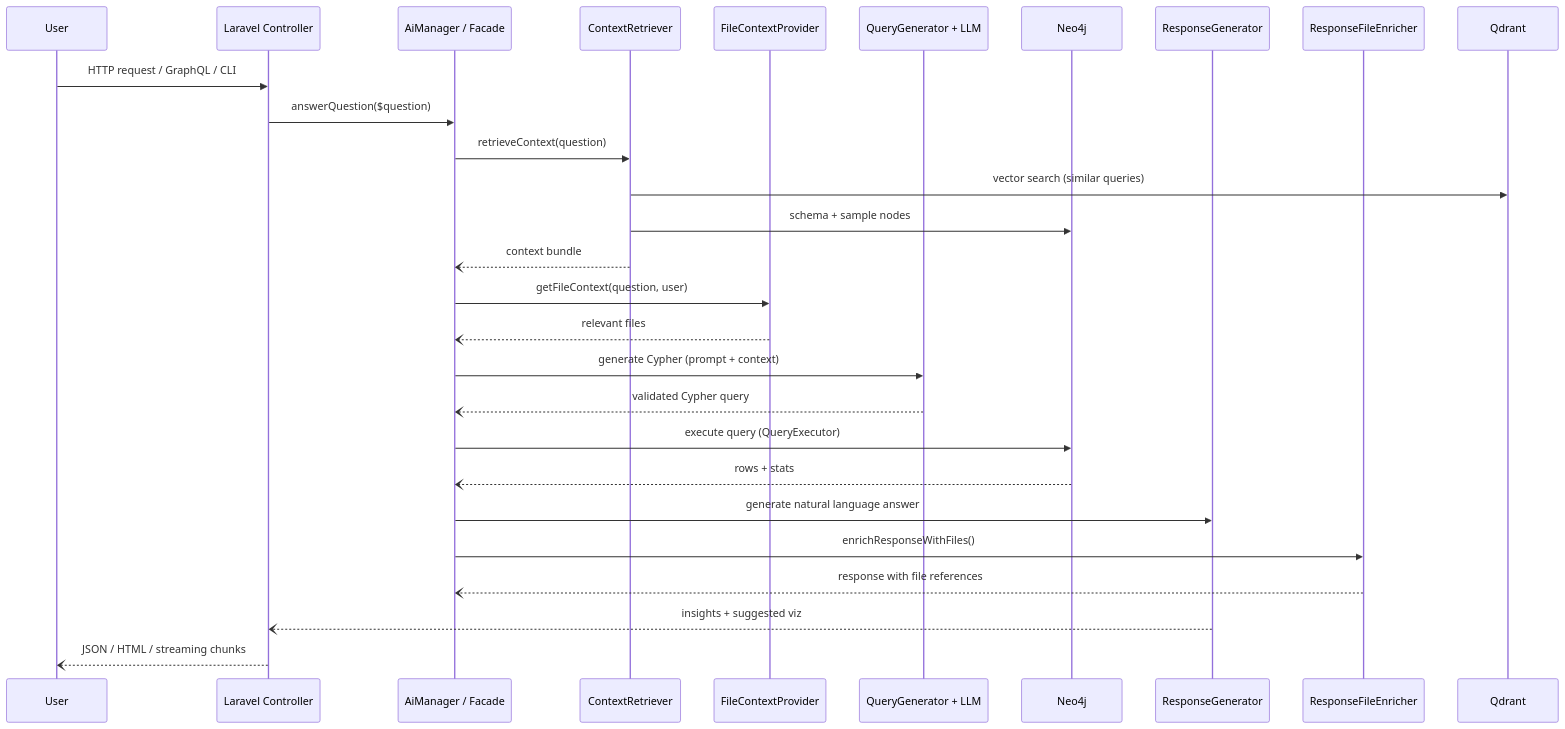
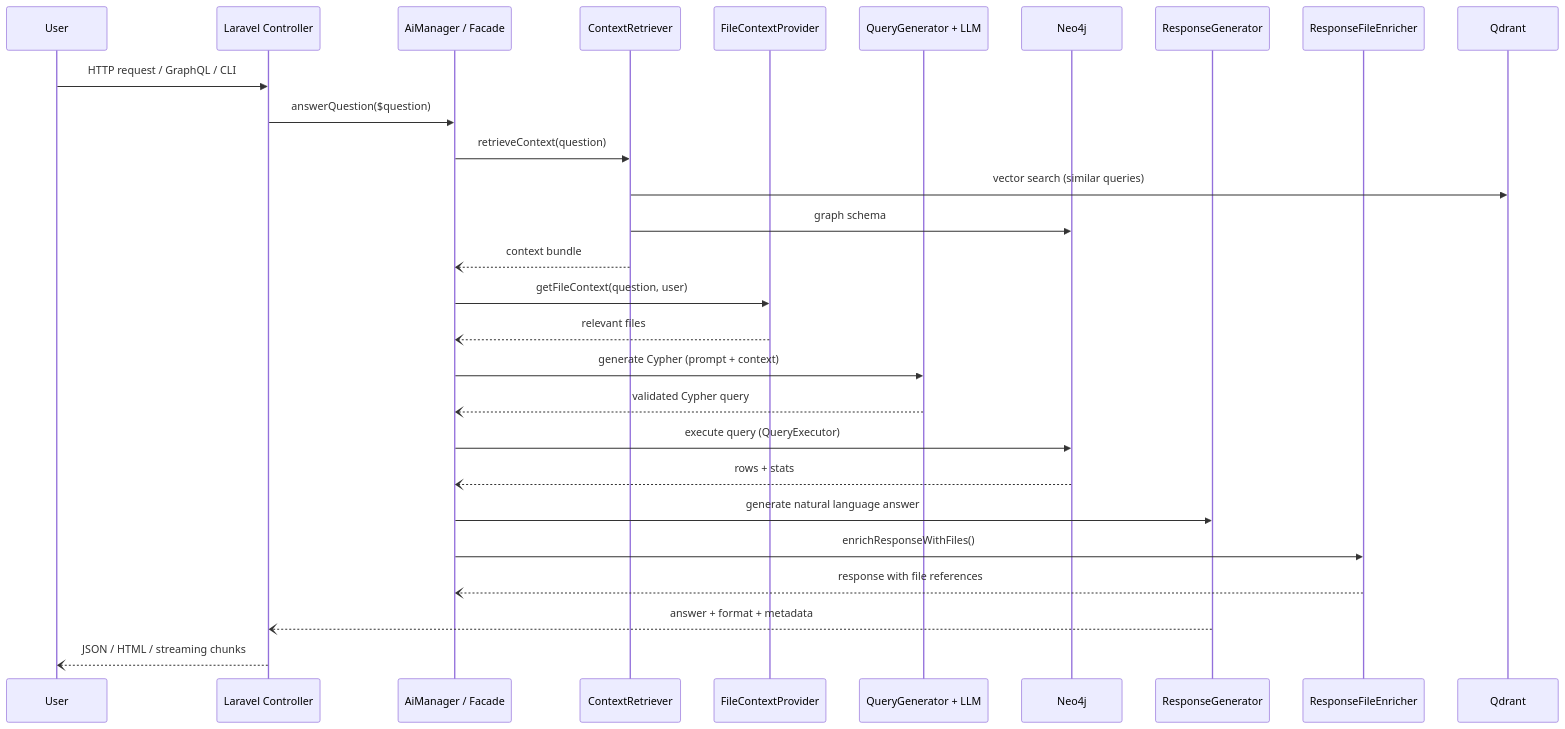
The first of 6 diagrams in resources/docs/1.0/internals/data-flows.md (condoedge/AI), drawn with Mermaid before and after one commit. The commit also changed other lines of this file and 786 other files, not shown here.

````diff
--- a/resources/docs/1.0/internals/data-flows.md
+++ b/resources/docs/1.0/internals/data-flows.md
@@ -51,30 +51,30 @@
 ```mermaid
 sequenceDiagram
     participant User
     participant Controller as Laravel Controller
     participant AI as AiManager / Facade
     participant Context as ContextRetriever
     participant FileCtx as FileContextProvider
     participant LLM as QueryGenerator + LLM
     participant Neo4j
     participant Response as ResponseGenerator
     participant Enricher as ResponseFileEnricher
 
     User->>Controller: HTTP request / GraphQL / CLI
     Controller->>AI: answerQuestion($question)
     AI->>Context: retrieveContext(question)
     Context->>Qdrant: vector search (similar queries)
-    Context->>Neo4j: schema + sample nodes
+    Context->>Neo4j: graph schema
     Context--)AI: context bundle
     AI->>FileCtx: getFileContext(question, user)
     FileCtx--)AI: relevant files
     AI->>LLM: generate Cypher (prompt + context)
     LLM--)AI: validated Cypher query
     AI->>Neo4j: execute query (QueryExecutor)
     Neo4j--)AI: rows + stats
     AI->>Response: generate natural language answer
     AI->>Enricher: enrichResponseWithFiles()
     Enricher--)AI: response with file references
-    Response--)Controller: insights + suggested viz
+    Response--)Controller: answer + format + metadata
     Controller--)User: JSON / HTML / streaming chunks
 ```
````
